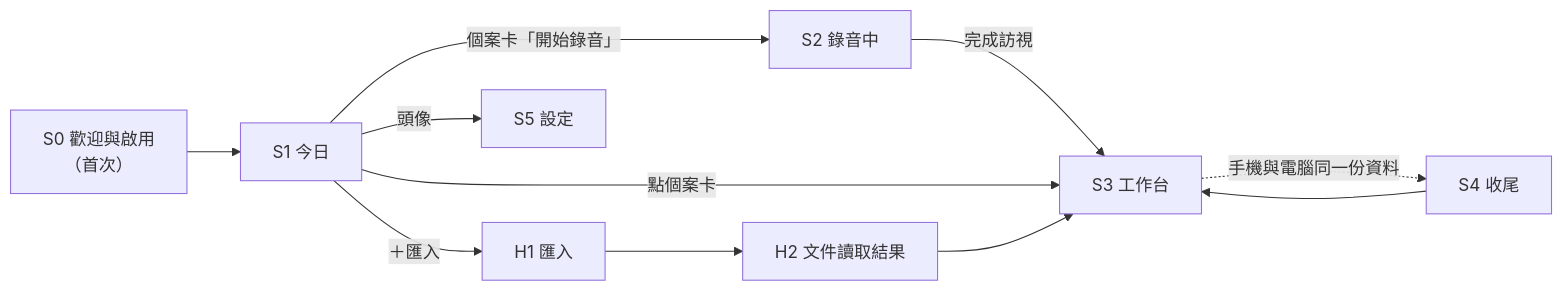
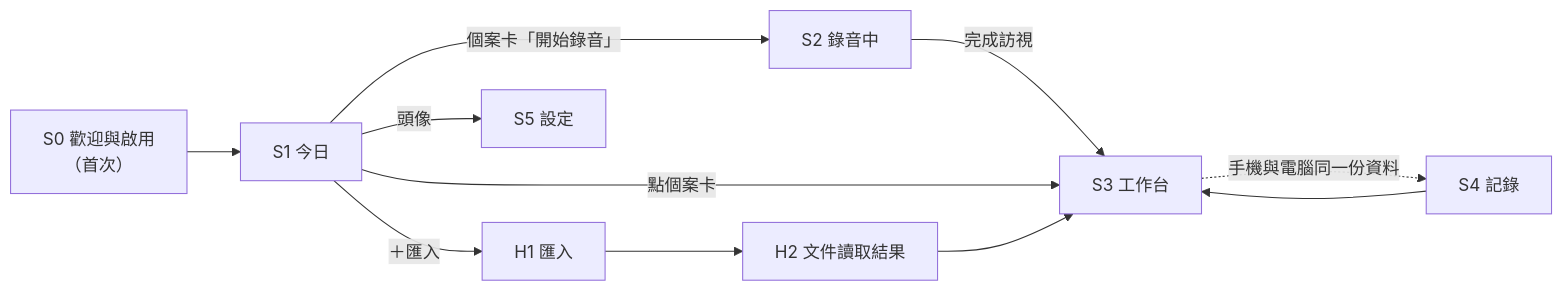
The second of 5 diagrams in docs/02-user-flow.md (fanyenping/land), drawn with Mermaid before and after one commit. The commit also changed other lines of this file and 29 other files, not shown here.

````diff
--- a/docs/02-user-flow.md
+++ b/docs/02-user-flow.md
@@ -412,11 +412,11 @@
 ```mermaid
 flowchart LR
   W0["S0 歡迎與啟用<br/>（首次）"] --> T["S1 今日"]
   T -->|"個案卡「開始錄音」"| R["S2 錄音中"]
   R -->|"完成訪視"| V["S3 工作台"]
   T -->|"點個案卡"| V
   T -->|"＋匯入"| H1["H1 匯入"] --> H2["H2 文件讀取結果"] --> V
-  Q["S4 收尾"] --> V
+  Q["S4 記錄"] --> V
   T -->|"頭像"| S["S5 設定"]
   V -.->|"手機與電腦同一份資料"| Q
 ```
````
